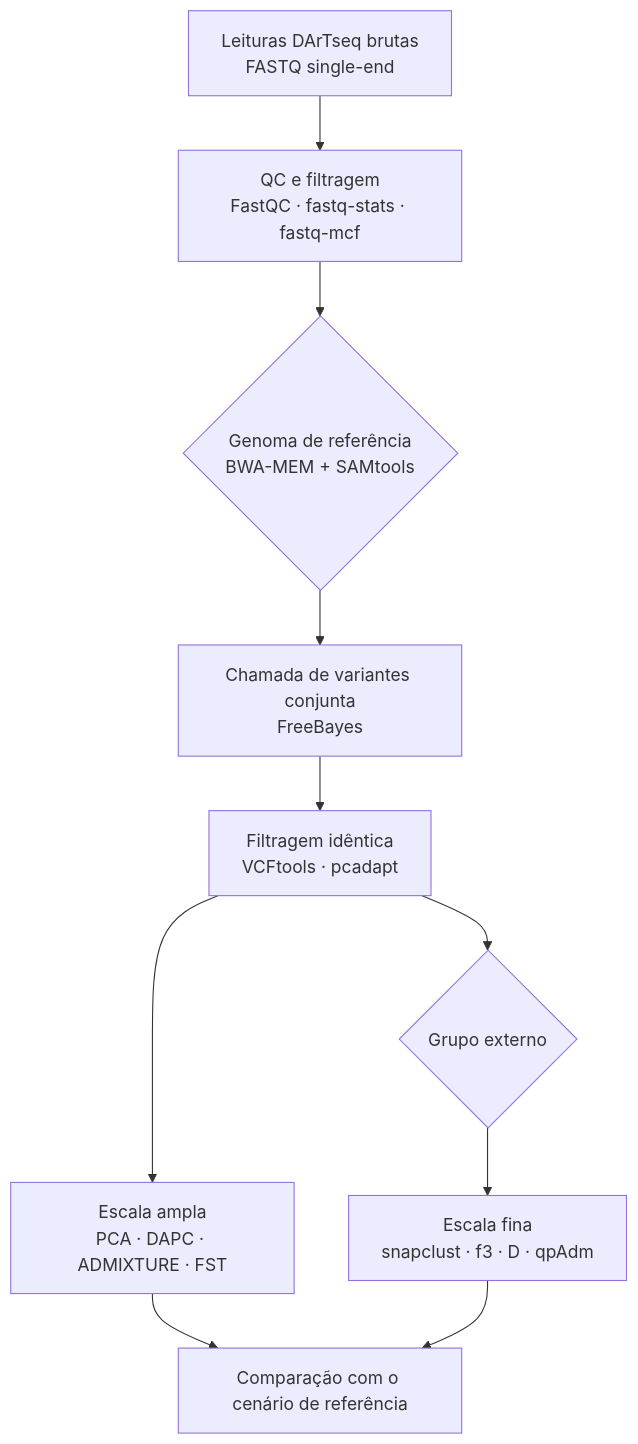
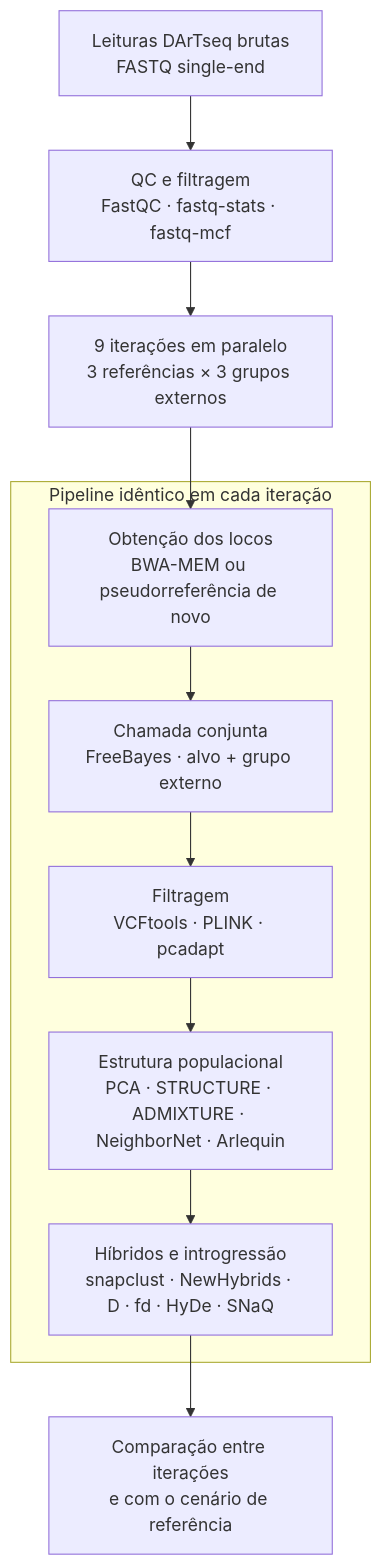
One commit to filipezatta/Nicotiana-bioinformatica changed the diagram in README.md. Above: the diagram before and after it, drawn with Mermaid. The commit also changed other lines of this file, not shown here.

````diff
--- a/README.md
+++ b/README.md
@@ -37,12 +48,13 @@
 ```mermaid
 flowchart TD
     A[Leituras DArTseq brutas<br/>FASTQ single-end] --> B[QC e filtragem<br/>FastQC · fastq-stats · fastq-mcf]
-    B --> C{Genoma de referência<br/>BWA-MEM + SAMtools}
-    C --> D[Chamada de variantes conjunta<br/>FreeBayes]
-    D --> E[Filtragem idêntica<br/>VCFtools · pcadapt]
-    E --> F[Escala ampla<br/>PCA · DAPC · ADMIXTURE · FST]
-    E --> G{Grupo externo}
-    G --> H[Escala fina<br/>snapclust · f3 · D · qpAdm]
-    F --> I[Comparação com o cenário de referência]
-    H --> I
+    B --> C[9 iterações em paralelo<br/>3 referências × 3 grupos externos]
+    subgraph P[Pipeline idêntico em cada iteração]
+      D[Obtenção dos locos<br/>BWA-MEM ou pseudorreferência de novo] --> E[Chamada conjunta<br/>FreeBayes · alvo + grupo externo]
+      E --> F[Filtragem<br/>VCFtools · PLINK · pcadapt]
+      F --> G[Estrutura populacional<br/>PCA · STRUCTURE · ADMIXTURE · NeighborNet · Arlequin]
+      G --> H[Híbridos e introgressão<br/>snapclust · NewHybrids · D · fd · HyDe · SNaQ]
+    end
+    C --> D
+    H --> I[Comparação entre iterações<br/>e com o cenário de referência]
 ```
````
